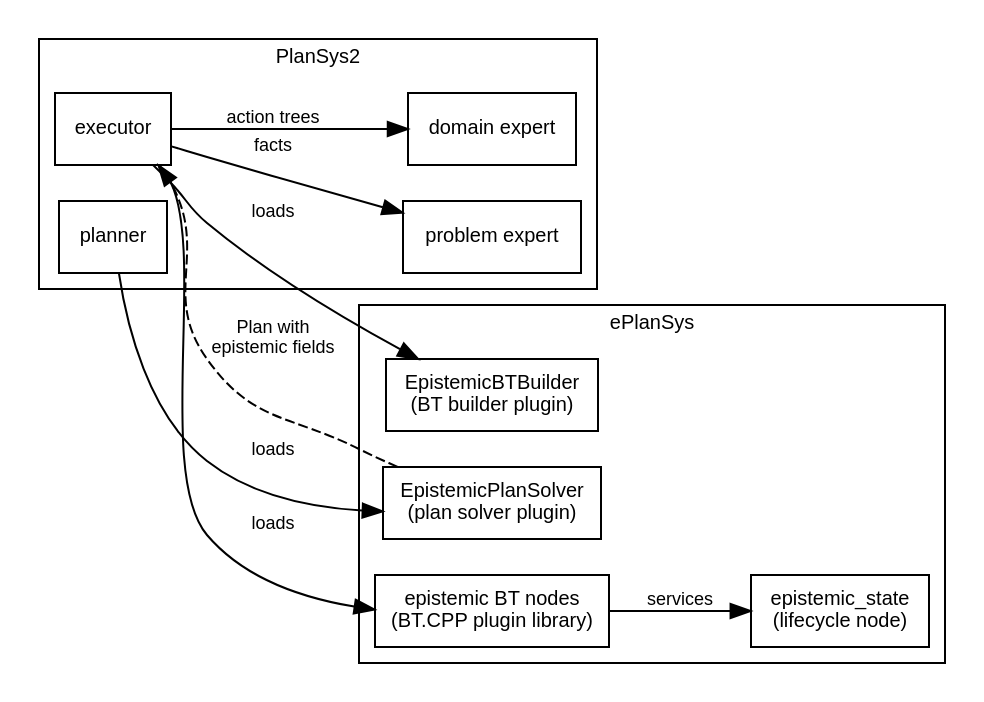
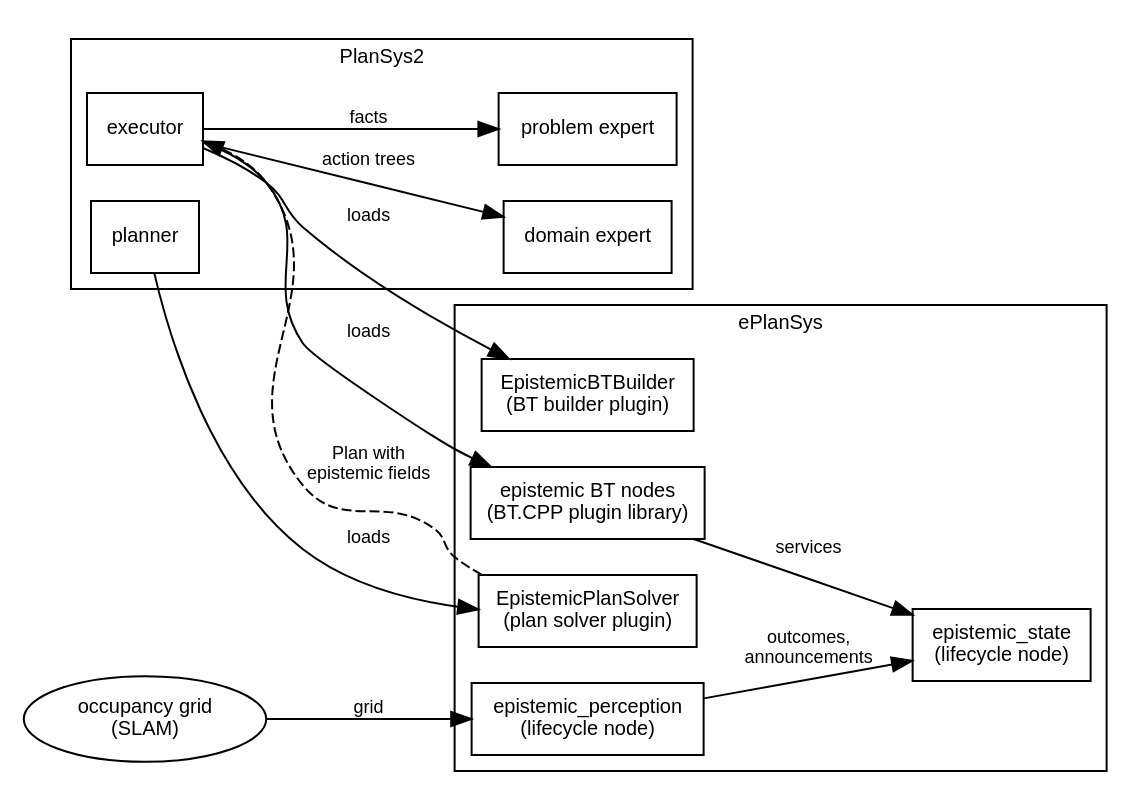
The diagram in eplansys_docs/concepts/architecture.rst (ePlanSys/eplansys), drawn with Graphviz before and after one commit. The commit also changed other lines of this file and 18 other files, not shown here.

```diff
--- a/eplansys_docs/concepts/architecture.rst
+++ b/eplansys_docs/concepts/architecture.rst
@@ -10,36 +11,41 @@
 .. graphviz::
    :caption: Where the epistemic packages attach to PlanSys2
 
    digraph architecture {
      rankdir=LR;
      node [shape=box, fontname="sans-serif", fontsize=10];
      edge [fontname="sans-serif", fontsize=9];
 
      subgraph cluster_plansys2 {
        label="PlanSys2";
        fontname="sans-serif";
        fontsize=10;
        planner   [label="planner"];
        executor  [label="executor"];
        problem   [label="problem expert"];
        domain    [label="domain expert"];
      }
 
      subgraph cluster_epistemic {
        label="ePlanSys";
        fontname="sans-serif";
        fontsize=10;
        solver    [label="EpistemicPlanSolver\n(plan solver plugin)"];
        builder   [label="EpistemicBTBuilder\n(BT builder plugin)"];
        nodes     [label="epistemic BT nodes\n(BT.CPP plugin library)"];
        state     [label="epistemic_state\n(lifecycle node)"];
+       perceive  [label="epistemic_perception\n(lifecycle node)"];
      }
+
+     map [label="occupancy grid\n(SLAM)", shape=ellipse];
 
      planner  -> solver   [label="loads"];
      executor -> builder  [label="loads"];
      executor -> nodes    [label="loads"];
      executor -> problem  [label="facts"];
      executor -> domain   [label="action trees"];
      nodes    -> state    [label="services"];
+     map      -> perceive [label="grid"];
+     perceive -> state    [label="outcomes,\nannouncements"];
      solver   -> executor [label="Plan with\nepistemic fields", style=dashed];
    }
```
